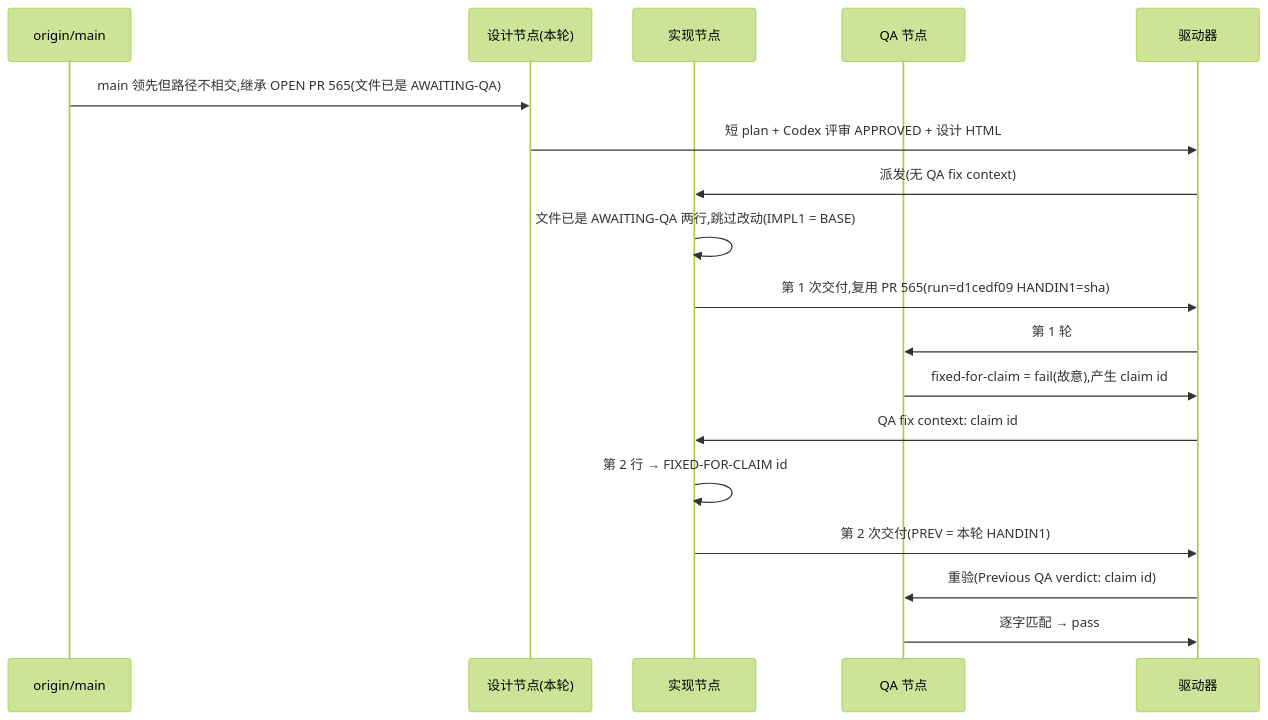
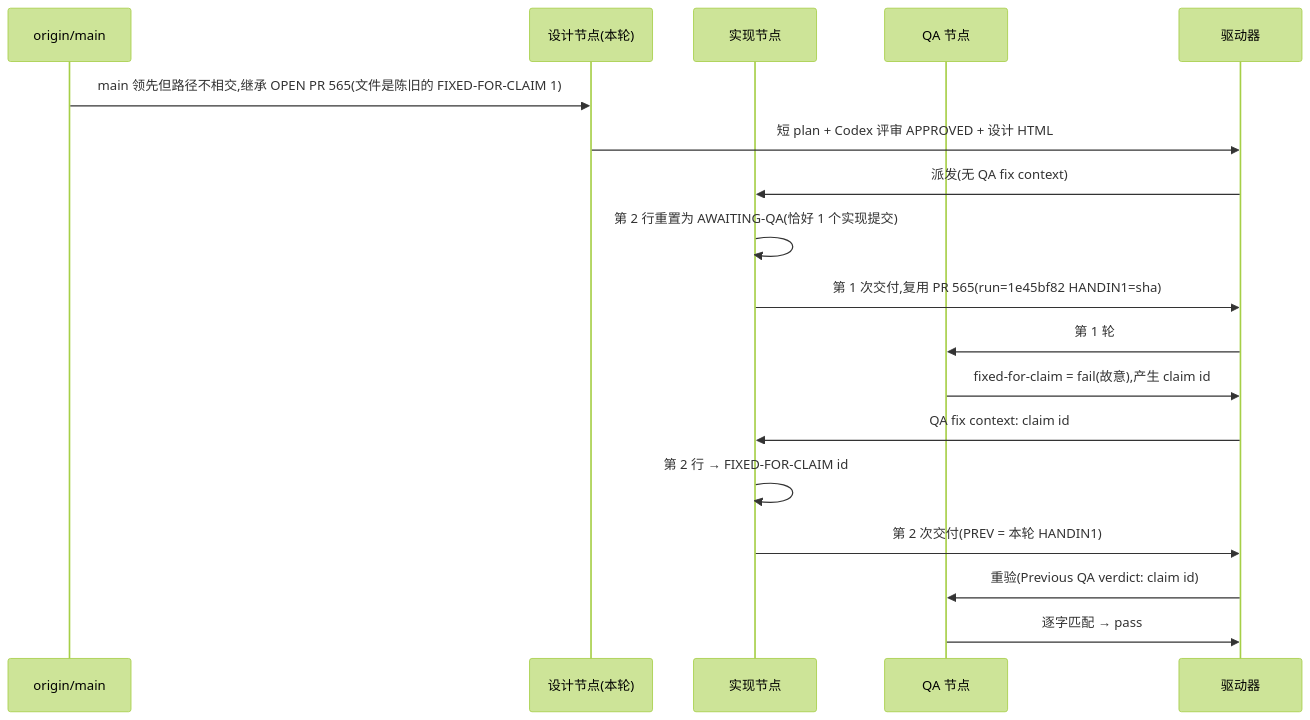
Before and after one commit to xrliAnnie/flywheel-qa-sandbox: the diagram in engineering/doc/FLY-3150-real-runner-drill/d1-core-flow.mmd, drawn with Mermaid (forest theme). The commit also changed 3 other files, not shown here.

```diff
--- a/engineering/doc/FLY-3150-real-runner-drill/d1-core-flow.mmd
+++ b/engineering/doc/FLY-3150-real-runner-drill/d1-core-flow.mmd
@@ -1,18 +1,18 @@
 sequenceDiagram
     participant M as origin/main
     participant S as 设计节点(本轮)
     participant I as 实现节点
     participant Q as QA 节点
     participant D as 驱动器
-    M->>S: main 领先但路径不相交,继承 OPEN PR 565(文件已是 AWAITING-QA)
+    M->>S: main 领先但路径不相交,继承 OPEN PR 565(文件是陈旧的 FIXED-FOR-CLAIM 1)
     S->>D: 短 plan + Codex 评审 APPROVED + 设计 HTML
     D->>I: 派发(无 QA fix context)
-    I->>I: 文件已是 AWAITING-QA 两行,跳过改动(IMPL1 = BASE)
-    I->>D: 第 1 次交付,复用 PR 565(run=d1cedf09 HANDIN1=sha)
+    I->>I: 第 2 行重置为 AWAITING-QA(恰好 1 个实现提交)
+    I->>D: 第 1 次交付,复用 PR 565(run=1e45bf82 HANDIN1=sha)
     D->>Q: 第 1 轮
     Q->>D: fixed-for-claim = fail(故意),产生 claim id
     D->>I: QA fix context: claim id
     I->>I: 第 2 行 → FIXED-FOR-CLAIM id
     I->>D: 第 2 次交付(PREV = 本轮 HANDIN1)
     D->>Q: 重验(Previous QA verdict: claim id)
     Q->>D: 逐字匹配 → pass
```
